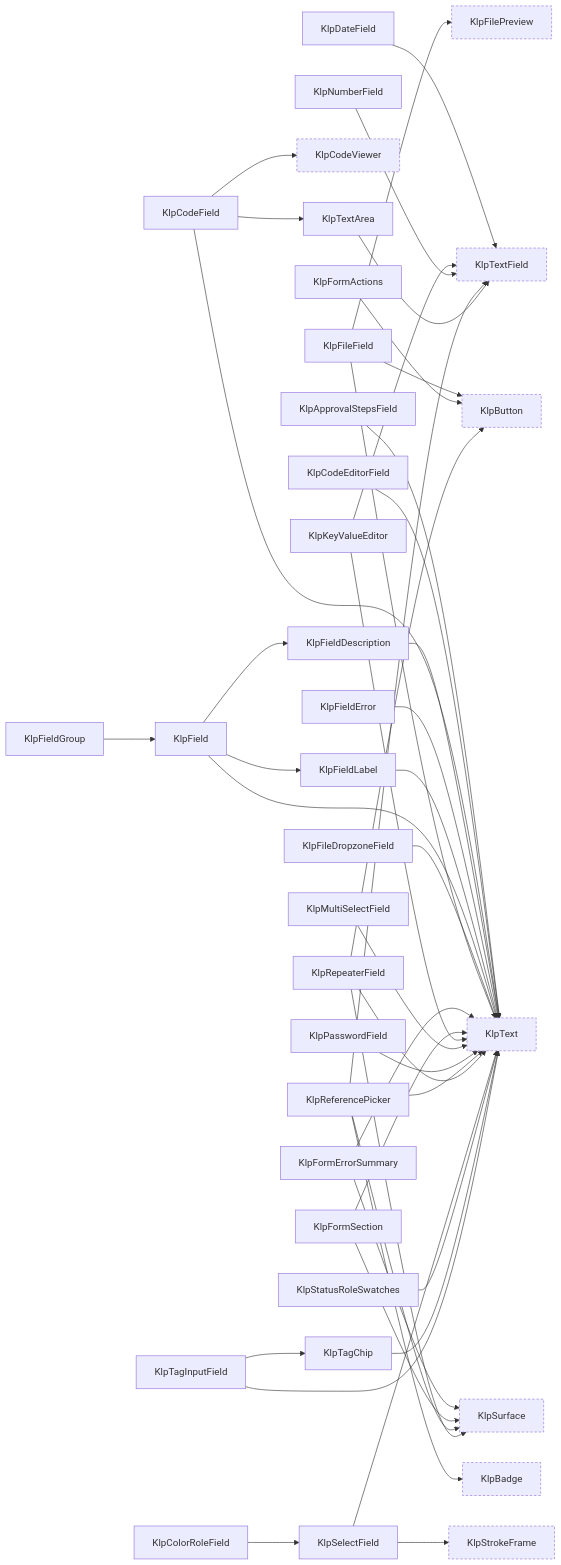
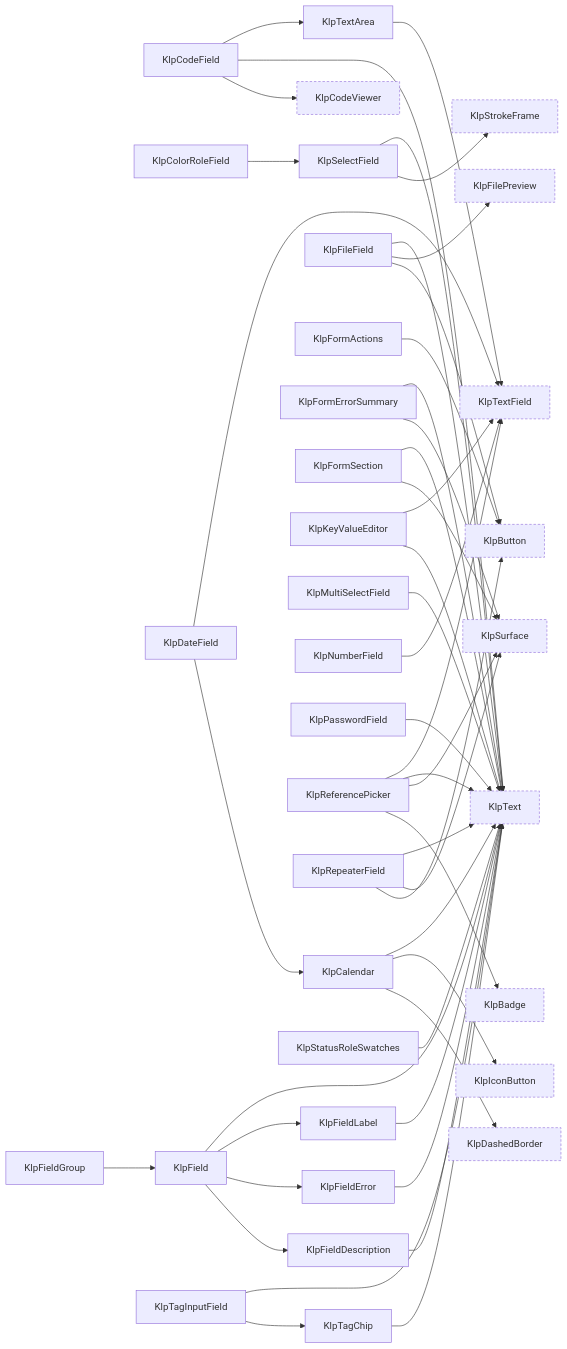
Diagram 11 of 16 in spec/component-inventory.md (MiuDog/Kallopis), drawn with Mermaid before and after one commit. The commit also changed other lines of this file and 8 other files, not shown here.

````diff
--- a/spec/component-inventory.md
+++ b/spec/component-inventory.md
@@ -638,80 +620,82 @@
 ```mermaid
 graph LR
-  KlpApprovalStepsField["KlpApprovalStepsField"]
   KlpBadge["KlpBadge"]:::external
   KlpButton["KlpButton"]:::external
-  KlpCodeEditorField["KlpCodeEditorField"]
+  KlpCalendar["KlpCalendar"]
   KlpCodeField["KlpCodeField"]
   KlpCodeViewer["KlpCodeViewer"]:::external
   KlpColorRoleField["KlpColorRoleField"]
+  KlpDashedBorder["KlpDashedBorder"]:::external
   KlpDateField["KlpDateField"]
   KlpField["KlpField"]
   KlpFieldDescription["KlpFieldDescription"]
   KlpFieldError["KlpFieldError"]
   KlpFieldGroup["KlpFieldGroup"]
   KlpFieldLabel["KlpFieldLabel"]
-  KlpFileDropzoneField["KlpFileDropzoneField"]
   KlpFileField["KlpFileField"]
   KlpFilePreview["KlpFilePreview"]:::external
   KlpFormActions["KlpFormActions"]
   KlpFormErrorSummary["KlpFormErrorSummary"]
   KlpFormSection["KlpFormSection"]
+  KlpIconButton["KlpIconButton"]:::external
   KlpKeyValueEditor["KlpKeyValueEditor"]
   KlpMultiSelectField["KlpMultiSelectField"]
   KlpNumberField["KlpNumberField"]
   KlpPasswordField["KlpPasswordField"]
   KlpReferencePicker["KlpReferencePicker"]
   KlpRepeaterField["KlpRepeaterField"]
   KlpSelectField["KlpSelectField"]
   KlpStatusRoleSwatches["KlpStatusRoleSwatches"]
   KlpStrokeFrame["KlpStrokeFrame"]:::external
   KlpSurface["KlpSurface"]:::external
   KlpTagChip["KlpTagChip"]
   KlpTagInputField["KlpTagInputField"]
   KlpText["KlpText"]:::external
   KlpTextArea["KlpTextArea"]
   KlpTextField["KlpTextField"]:::external
-  KlpApprovalStepsField --> KlpText
-  KlpCodeEditorField --> KlpText
+  KlpCalendar --> KlpDashedBorder
+  KlpCalendar --> KlpIconButton
+  KlpCalendar --> KlpText
   KlpCodeField --> KlpCodeViewer
   KlpCodeField --> KlpText
   KlpCodeField --> KlpTextArea
   KlpColorRoleField --> KlpSelectField
+  KlpDateField --> KlpCalendar
   KlpDateField --> KlpTextField
   KlpFieldDescription --> KlpText
   KlpFieldError --> KlpText
   KlpFieldGroup --> KlpField
   KlpFieldLabel --> KlpText
   KlpField --> KlpFieldDescription
+  KlpField --> KlpFieldError
   KlpField --> KlpFieldLabel
   KlpField --> KlpText
-  KlpFileDropzoneField --> KlpText
   KlpFileField --> KlpButton
   KlpFileField --> KlpFilePreview
   KlpFileField --> KlpText
   KlpFormActions --> KlpButton
   KlpFormErrorSummary --> KlpSurface
   KlpFormErrorSummary --> KlpText
   KlpFormSection --> KlpSurface
   KlpFormSection --> KlpText
   KlpKeyValueEditor --> KlpText
   KlpKeyValueEditor --> KlpTextField
   KlpMultiSelectField --> KlpText
   KlpNumberField --> KlpTextField
   KlpPasswordField --> KlpText
   KlpReferencePicker --> KlpBadge
   KlpReferencePicker --> KlpSurface
   KlpReferencePicker --> KlpText
   KlpReferencePicker --> KlpTextField
   KlpRepeaterField --> KlpButton
   KlpRepeaterField --> KlpSurface
   KlpRepeaterField --> KlpText
   KlpSelectField --> KlpStrokeFrame
   KlpSelectField --> KlpText
   KlpStatusRoleSwatches --> KlpText
   KlpTagChip --> KlpText
   KlpTagInputField --> KlpTagChip
   KlpTagInputField --> KlpText
   KlpTextArea --> KlpTextField
   classDef external stroke-dasharray: 4 3;
 ```
````
